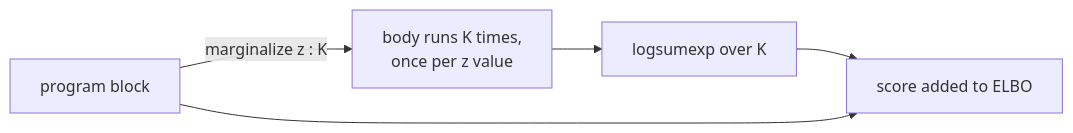
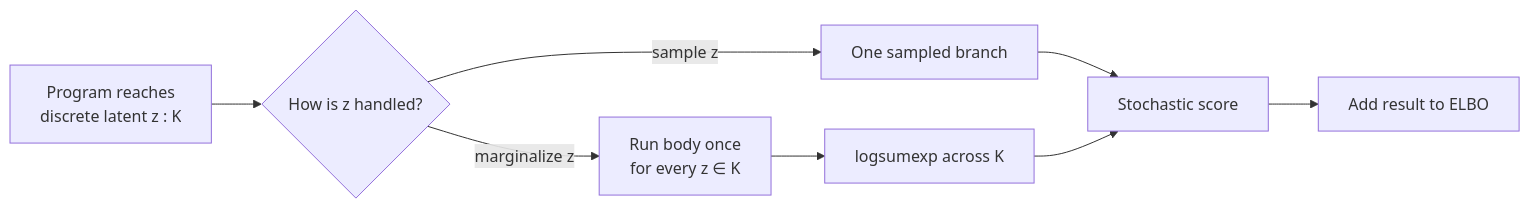
One commit to FACTSlab/quivers changed the diagram in docs/tutorials/qvr/04-marginalize.md. Above: the diagram before and after it, drawn with Mermaid. The commit also changed other lines of this file and 106 other files, not shown here.

````diff
--- a/docs/tutorials/qvr/04-marginalize.md
+++ b/docs/tutorials/qvr/04-marginalize.md
@@ -186,7 +186,12 @@
 ```mermaid
 flowchart LR
-    A["program block"] -- "marginalize z : K" --> B["body runs K times,<br/>once per z value"]
-    B --> C["logsumexp over K"]
-    C --> D["score added to ELBO"]
-    A --> D
+    A["Program reaches<br/>discrete latent z : K"] --> CHOICE{"How is z handled?"}
+    CHOICE -->|sample z| SAMPLE["One sampled branch"] --> SCORE["Stochastic score"]
+    CHOICE -->|marginalize z| ENUM["Run body once<br/>for every z ∈ K"]
+    ENUM --> REDUCE["logsumexp across K"] --> SCORE
+    SCORE --> ELBO["Add result to ELBO"]
+    class A qv-input
+    class CHOICE qv-decision
+    class SAMPLE,ENUM,REDUCE,SCORE qv-checked
+    class ELBO qv-output
 ```
````
